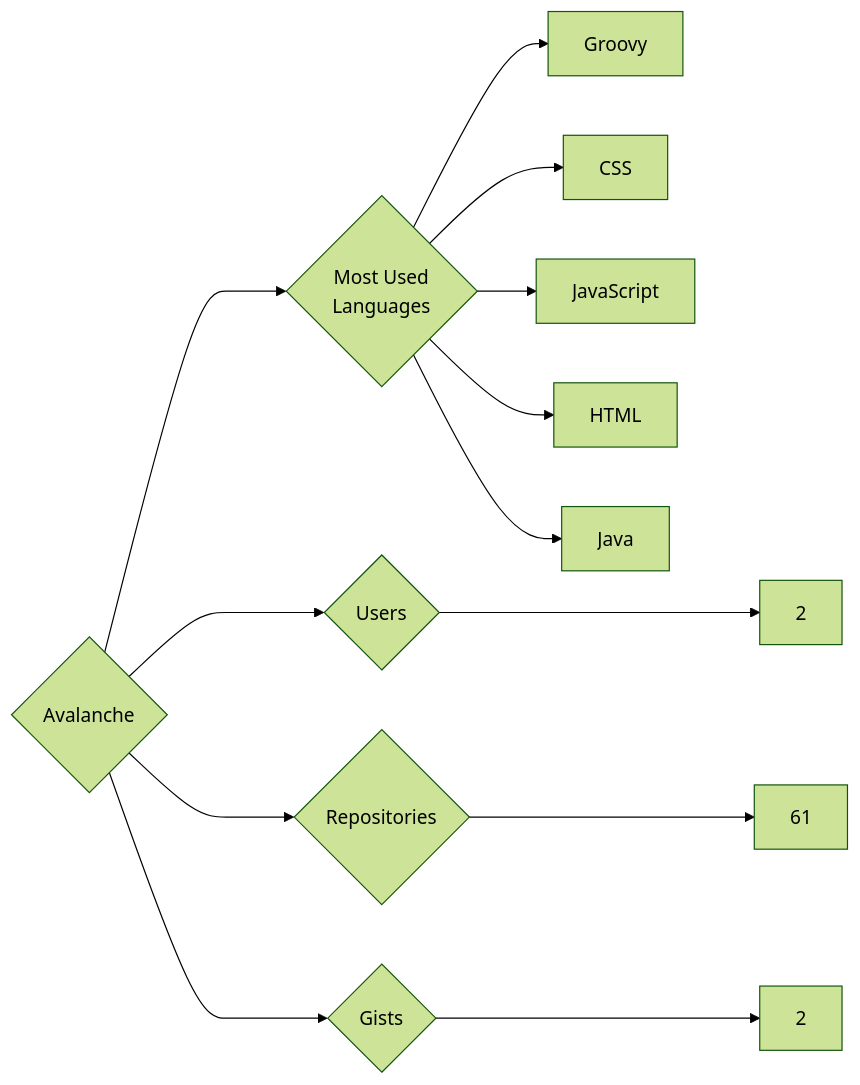
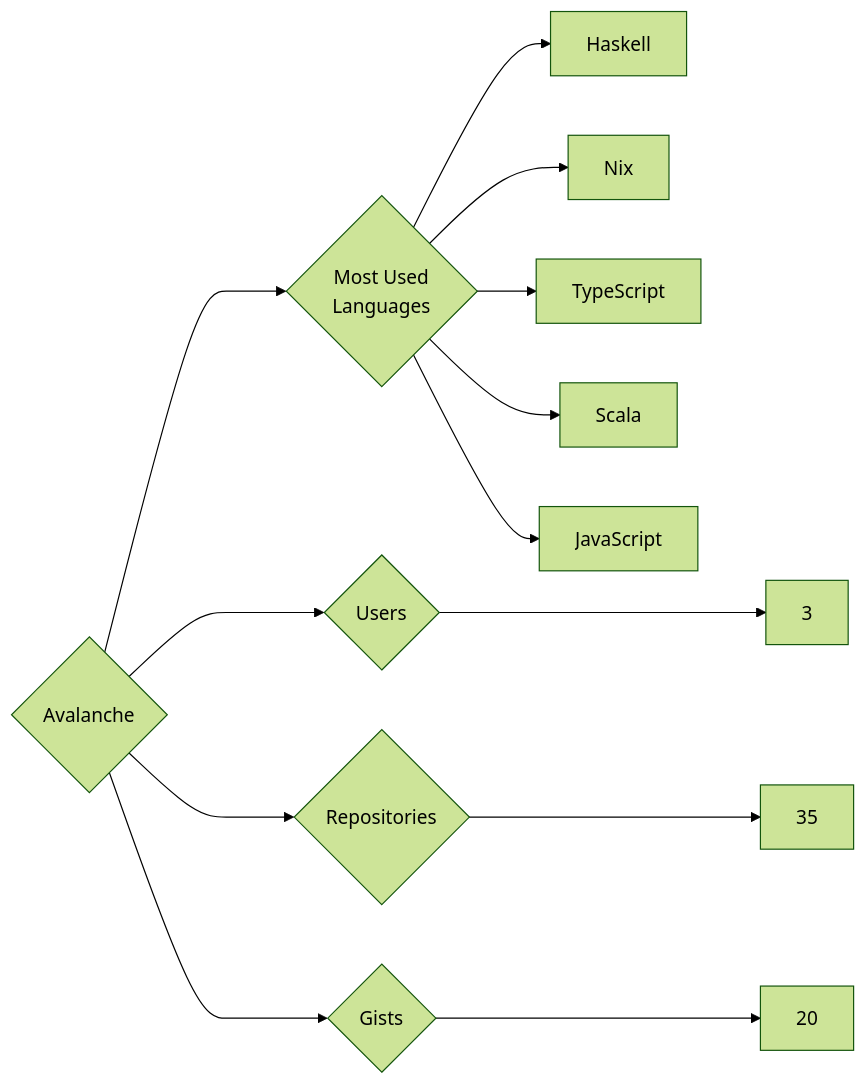
Before and after one commit to trickest/insiders: the diagram in targets/Avalanche/README.md, drawn with Mermaid (forest theme). The commit also changed 1003 other files, not shown here.

````diff
--- a/targets/Avalanche/README.md
+++ b/targets/Avalanche/README.md
@@ -3,13 +3,13 @@
 ```mermaid
 graph LR
 COMPANY_NAME{Avalanche}
-COMPANY_NAME ---> U{Users} ---> UN[2]
-COMPANY_NAME ---> R{Repositories} ---> RN[61]
-COMPANY_NAME ---> G{Gists} ---> GN[2]
+COMPANY_NAME ---> U{Users} ---> UN[3]
+COMPANY_NAME ---> R{Repositories} ---> RN[35]
+COMPANY_NAME ---> G{Gists} ---> GN[20]
 COMPANY_NAME ---> ML{Most Used<br>Languages}
-ML --> Groovy[Groovy]
-ML --> CSS[CSS]
+ML --> Haskell[Haskell]
+ML --> Nix[Nix]
+ML --> TypeScript[TypeScript]
+ML --> Scala[Scala]
 ML --> JavaScript[JavaScript]
-ML --> HTML[HTML]
-ML --> Java[Java]
 ```
````
